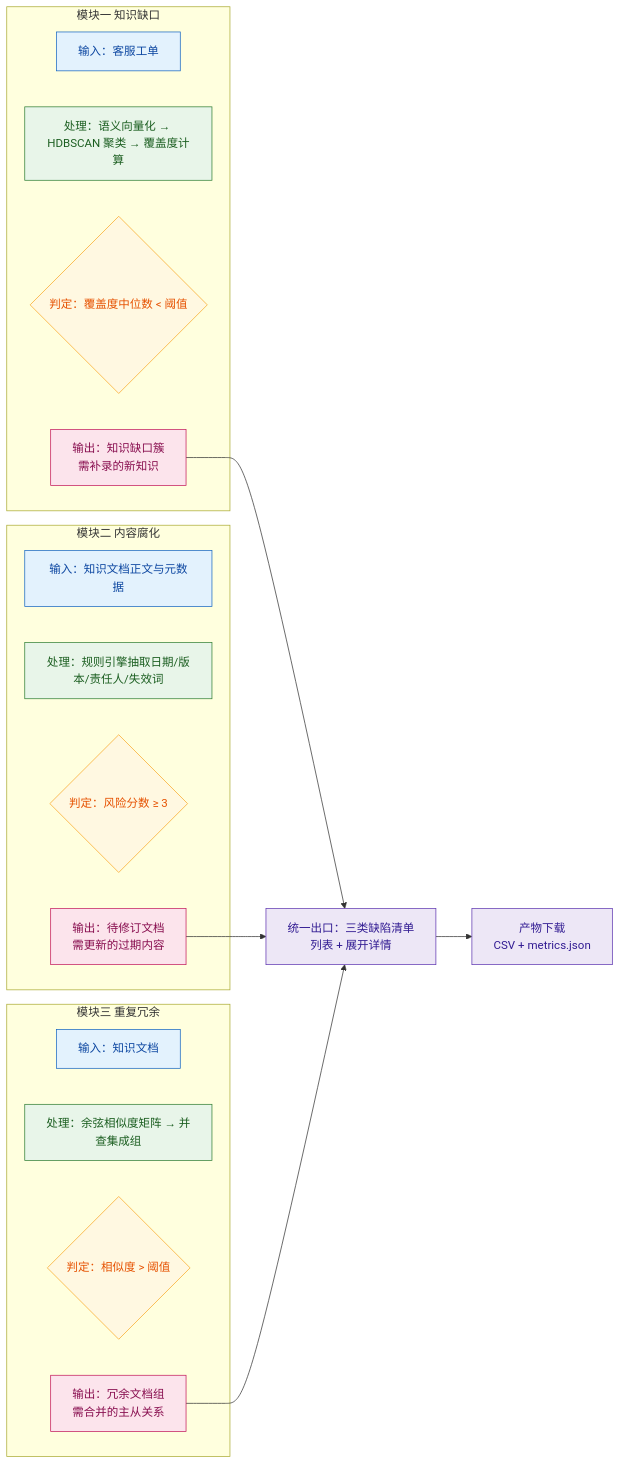
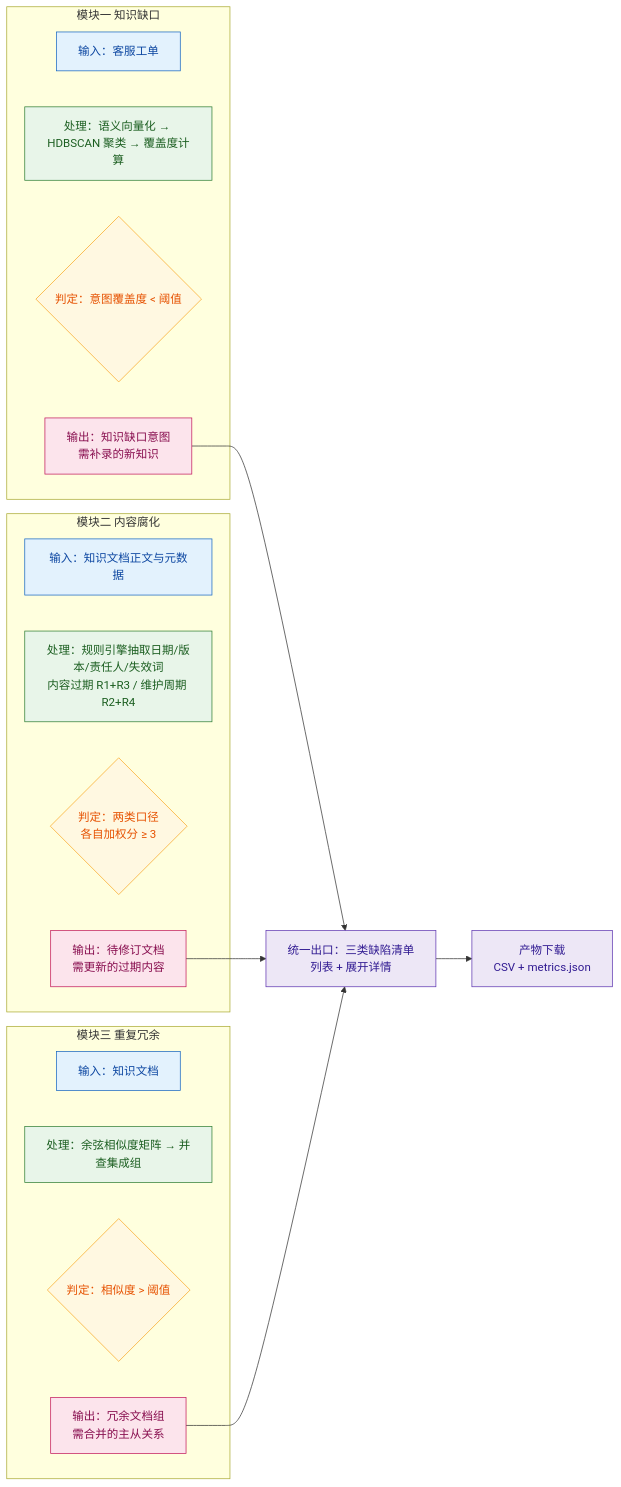
Before and after one commit to meisijiya/kb-quality-governance: the diagram in poc/kbgovernance/figures/04-三模块处理流程对比.md, drawn with Mermaid. The commit also changed other lines of this file and 21 other files, not shown here.

First line of the commit message:
docs(plan): 方案、审计、图稿与术语同步到两口径与意图级判定

````diff
--- a/poc/kbgovernance/figures/04-三模块处理流程对比.md
+++ b/poc/kbgovernance/figures/04-三模块处理流程对比.md
@@ -7,37 +7,37 @@
 ```mermaid
 flowchart LR
   subgraph M1["模块一 知识缺口"]
     I1["输入：客服工单"]:::a
     P1["处理：语义向量化 → HDBSCAN 聚类 → 覆盖度计算"]:::b
-    J1{"判定：覆盖度中位数 < 阈值"}:::c
-    O1["输出：知识缺口簇<br/>需补录的新知识"]:::d
+    J1{"判定：意图覆盖度 < 阈值"}:::c
+    O1["输出：知识缺口意图<br/>需补录的新知识"]:::d
   end
 
   subgraph M2["模块二 内容腐化"]
     I2["输入：知识文档正文与元数据"]:::a
-    P2["处理：规则引擎抽取日期/版本/责任人/失效词"]:::b
-    J2{"判定：风险分数 ≥ 3"}:::c
+    P2["处理：规则引擎抽取日期/版本/责任人/失效词<br/>内容过期 R1+R3 / 维护周期 R2+R4"]:::b
+    J2{"判定：两类口径<br/>各自加权分 ≥ 3"}:::c
     O2["输出：待修订文档<br/>需更新的过期内容"]:::d
   end
 
   subgraph M3["模块三 重复冗余"]
     I3["输入：知识文档"]:::a
     P3["处理：余弦相似度矩阵 → 并查集成组"]:::b
     J3{"判定：相似度 > 阈值"}:::c
     O3["输出：冗余文档组<br/>需合并的主从关系"]:::d
   end
 
   LIST["统一出口：三类缺陷清单<br/>列表 + 展开详情"]:::e
   DL["产物下载<br/>CSV + metrics.json"]:::e
 
   O1 --> LIST
   O2 --> LIST
   O3 --> LIST
   LIST --> DL
 
   classDef a fill:#e3f2fd,stroke:#1565c0,color:#0d47a1
   classDef b fill:#e8f5e9,stroke:#2e7d32,color:#1b5e20
   classDef c fill:#fff8e1,stroke:#f9a825,color:#e65100
   classDef d fill:#fce4ec,stroke:#c2185b,color:#880e4f
   classDef e fill:#ede7f6,stroke:#5e35b1,color:#311b92
 ```
````
